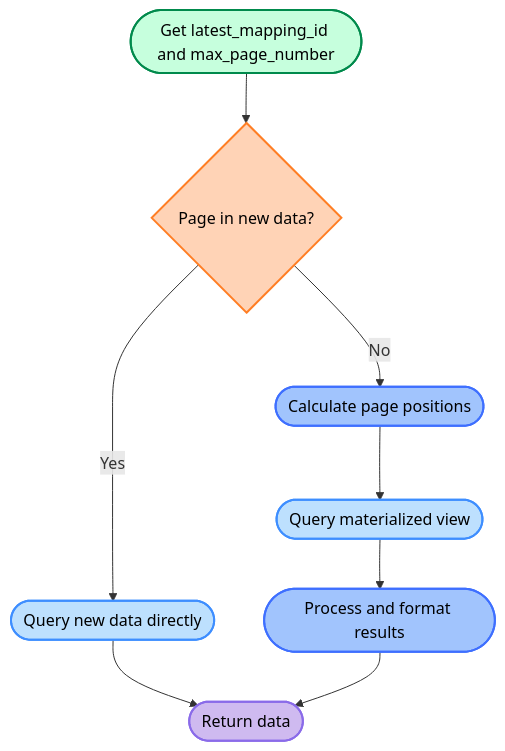
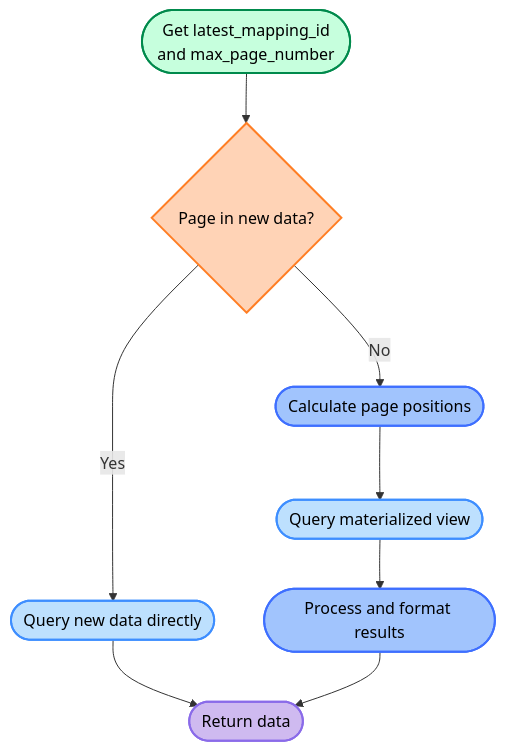
One commit to dongitran/Smart-Pagination changed the diagram in README.md. Above: the diagram before and after it, drawn with Mermaid.

````diff
--- a/README.md
+++ b/README.md
@@ -30,25 +30,25 @@
 ```mermaid
 flowchart TD
-    GetInfo([Get latest_mapping_id and max_page_number]) --> CheckDataPosition{Page in new data?}
+    GetInfo([Get latest_mapping_id </br>and max_page_number]) --> CheckDataPosition{Page in new data?}
     
     CheckDataPosition -->|Yes| QueryNewData([Query new data directly])
     CheckDataPosition -->|No| GetPagePositions([Calculate page positions])
     
     GetPagePositions --> QueryView([Query materialized view])
     
     QueryView --> ProcessResults([Process and format results])
     QueryNewData --> Return([Return data])
     ProcessResults --> Return
     
     classDef start fill:#c6ffdd,stroke:#008a4c,stroke-width:2px,color:#000
     classDef decision fill:#ffd3b6,stroke:#ff7e24,stroke-width:2px,color:#000
     classDef process fill:#a1c4fd,stroke:#3e6fff,stroke-width:2px,color:#000
     classDef returnData fill:#cfbaf0,stroke:#8a6be9,stroke-width:2px,color:#000
     classDef query fill:#bde0fe,stroke:#3e8eff,stroke-width:2px,color:#000
     
     class GetInfo start
     class CheckDataPosition decision
     class GetPagePositions,ProcessResults process
     class QueryNewData,QueryView query
     class Return returnData
 ```
````
